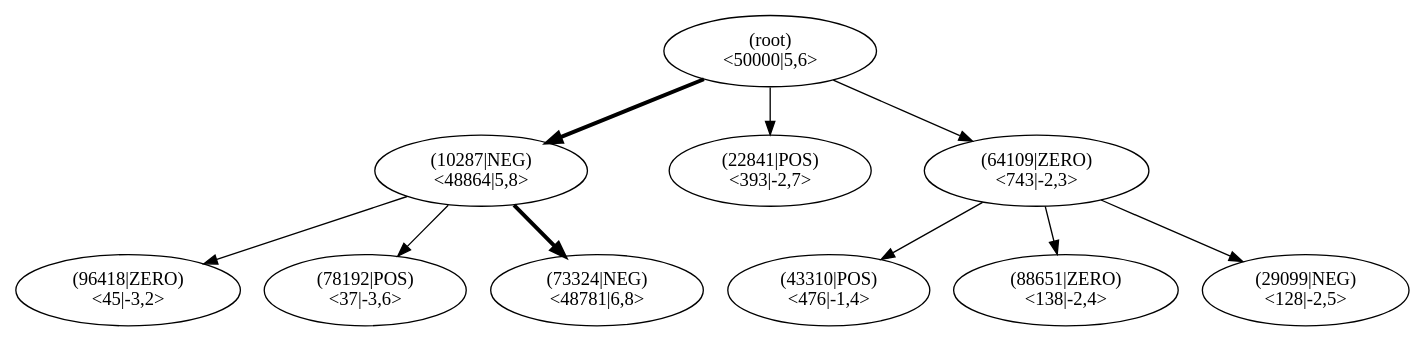
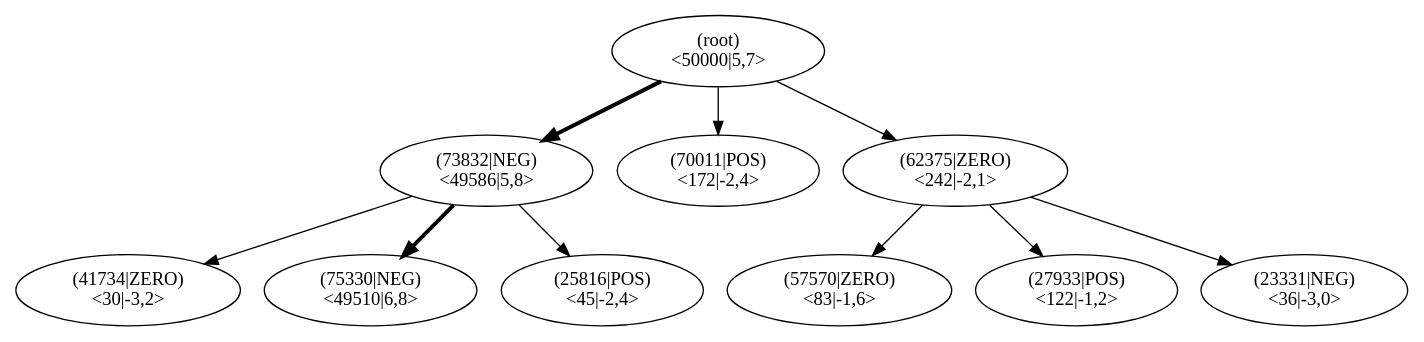
Before and after one commit to JonasHellgren/relexp-java: the diagram in pictures/ch13/lane_test_mcts.dot, drawn with Graphviz. The commit also changed 20 other files, not shown here.

```diff
--- a/pictures/ch13/lane_test_mcts.dot
+++ b/pictures/ch13/lane_test_mcts.dot
@@ -1,32 +1,32 @@
 digraph MCTS {
 node [shape=ellipse];
 Nroot [label="(root)
-<50000|5,6>"];
-Nroot -> N10287[penwidth=3];
-N10287 [label="(10287|NEG)
-<48864|5,8>"];
-N10287 -> N96418[penwidth=1];
-N96418 [label="(96418|ZERO)
-<45|-3,2>"];
-N10287 -> N78192[penwidth=1];
-N78192 [label="(78192|POS)
-<37|-3,6>"];
-N10287 -> N73324[penwidth=3];
-N73324 [label="(73324|NEG)
-<48781|6,8>"];
-Nroot -> N22841[penwidth=1];
-N22841 [label="(22841|POS)
-<393|-2,7>"];
-Nroot -> N64109[penwidth=1];
-N64109 [label="(64109|ZERO)
-<743|-2,3>"];
-N64109 -> N43310[penwidth=1];
-N43310 [label="(43310|POS)
-<476|-1,4>"];
-N64109 -> N88651[penwidth=1];
-N88651 [label="(88651|ZERO)
-<138|-2,4>"];
-N64109 -> N29099[penwidth=1];
-N29099 [label="(29099|NEG)
-<128|-2,5>"];
+<50000|5,7>"];
+Nroot -> N73832[penwidth=3];
+N73832 [label="(73832|NEG)
+<49586|5,8>"];
+N73832 -> N41734[penwidth=1];
+N41734 [label="(41734|ZERO)
+<30|-3,2>"];
+N73832 -> N75330[penwidth=3];
+N75330 [label="(75330|NEG)
+<49510|6,8>"];
+N73832 -> N25816[penwidth=1];
+N25816 [label="(25816|POS)
+<45|-2,4>"];
+Nroot -> N70011[penwidth=1];
+N70011 [label="(70011|POS)
+<172|-2,4>"];
+Nroot -> N62375[penwidth=1];
+N62375 [label="(62375|ZERO)
+<242|-2,1>"];
+N62375 -> N57570[penwidth=1];
+N57570 [label="(57570|ZERO)
+<83|-1,6>"];
+N62375 -> N27933[penwidth=1];
+N27933 [label="(27933|POS)
+<122|-1,2>"];
+N62375 -> N23331[penwidth=1];
+N23331 [label="(23331|NEG)
+<36|-3,0>"];
 }
```
